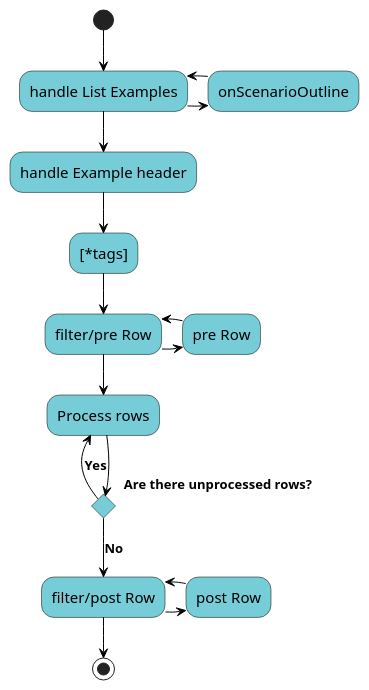
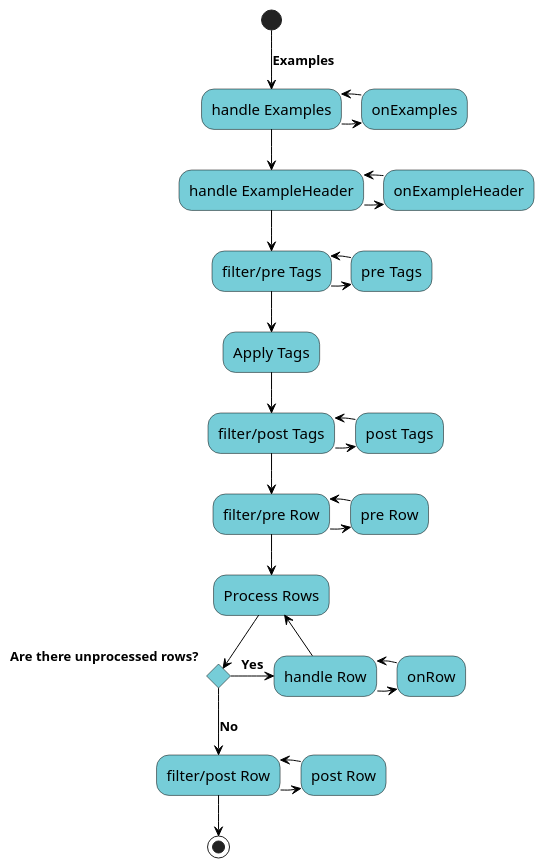
The diagram in src/data/example.puml (gherking/gherking-docs), drawn with PlantUML before and after one commit. The commit also changed 11 other files, not shown here.

Commit message:
plantuml visualization of the precompiler

```diff
--- a/src/data/example.puml
+++ b/src/data/example.puml
@@ -1,28 +1,39 @@
 @startuml
 skinparam activity {
 BackgroundColor #76CDD8
 ArrowColor black
 ArrowFontSize 13
 ArrowFontStyle bold
 ArrowFontName Segoe UI
 BorderColor black
 FontName Segoe UI
 FontSize 15
 }
-(*) --> "handle List Examples"
--right-> "onScenarioOutline"
--left-> "handle List Examples"
---> "handle Example header"
---> "[*tags]"
+(*) -->[Examples] "handle Examples"
+-right-> "onExamples"
+-left-> "handle Examples"
+--> "handle ExampleHeader"
+-right-> "onExampleHeader"
+-left-> "handle ExampleHeader"
+--> "filter/pre Tags"
+-right-> "pre Tags"
+-left-> "filter/pre Tags"
+--> "Apply Tags"
+--> "filter/post Tags"
+-right-> "post Tags"
+-left-> "filter/post Tags"
 --> "filter/pre Row"
 -right-> "pre Row"
 -left-> "filter/pre Row"
---> "Process rows"
+--> "Process Rows"
 If "Are there unprocessed rows?"
--left-> [Yes] "Process rows"
+-right-> [Yes] "handle Row"
+-right-> "onRow"
+-left-> "handle Row"
+-left-> "Process Rows"
 else
 --> [No] "filter/post Row"
 -right-> "post Row"
 -left-> "filter/post Row"
 --> (*)
 @enduml
```
